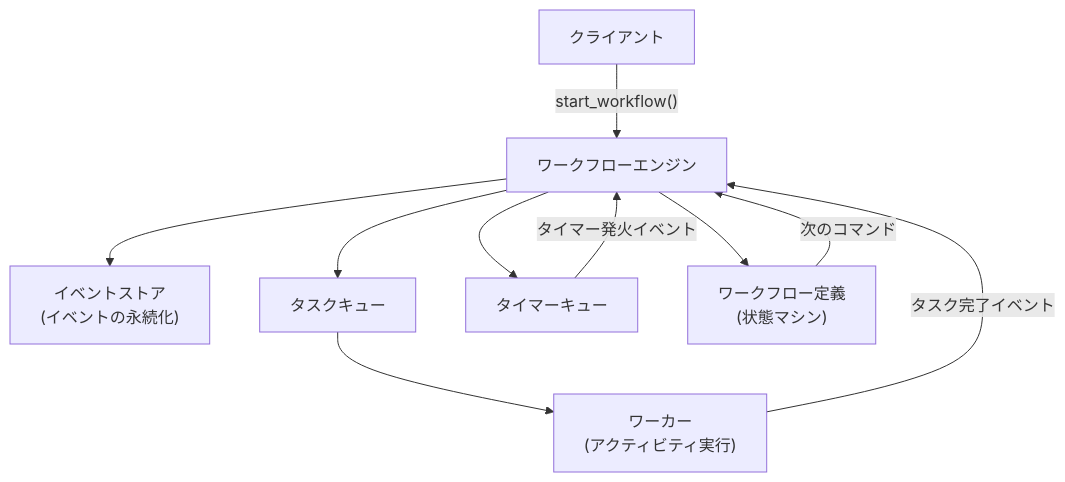
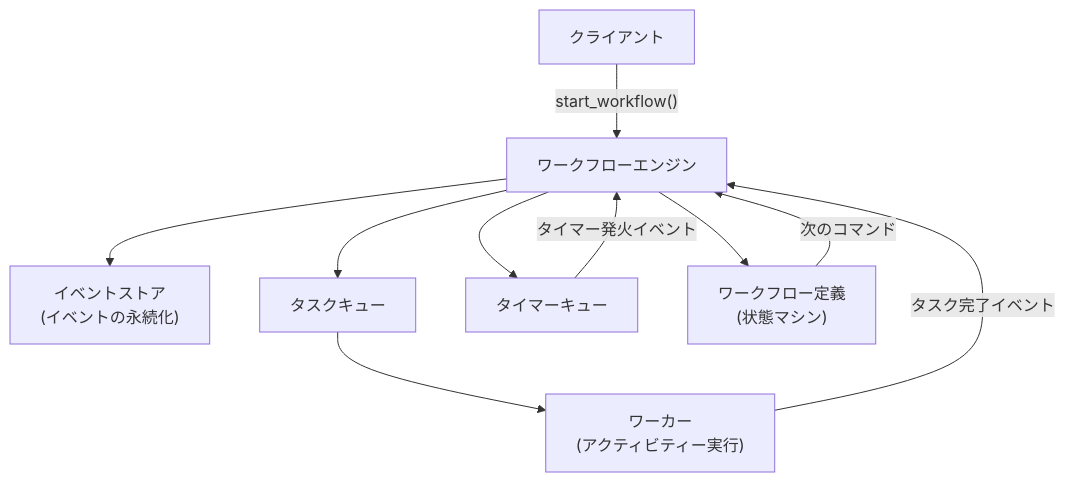
Before and after one commit to yoichiozaki/yoichiozaki.github.io: the first of 10 diagrams in content/blog/ja/event-driven-workflow-engine.mdx, drawn with Mermaid. The commit also changed other lines of this file and 117 other files, not shown here.

````diff
--- a/content/blog/ja/event-driven-workflow-engine.mdx
+++ b/content/blog/ja/event-driven-workflow-engine.mdx
@@ -41,12 +41,12 @@
 ```mermaid
 graph TD
     Client["クライアント"] -->|"start_workflow()"| Engine["ワークフローエンジン"]
     Engine --> EventStore["イベントストア<br/>(イベントの永続化)"]
     Engine --> TaskQueue["タスクキュー"]
     Engine --> TimerQueue["タイマーキュー"]
-    TaskQueue --> Worker["ワーカー<br/>(アクティビティ実行)"]
+    TaskQueue --> Worker["ワーカー<br/>(アクティビティー実行)"]
     Worker -->|"タスク完了イベント"| Engine
     TimerQueue -->|"タイマー発火イベント"| Engine
     Engine --> StateMachine["ワークフロー定義<br/>(状態マシン)"]
     StateMachine -->|"次のコマンド"| Engine
 ```
````
